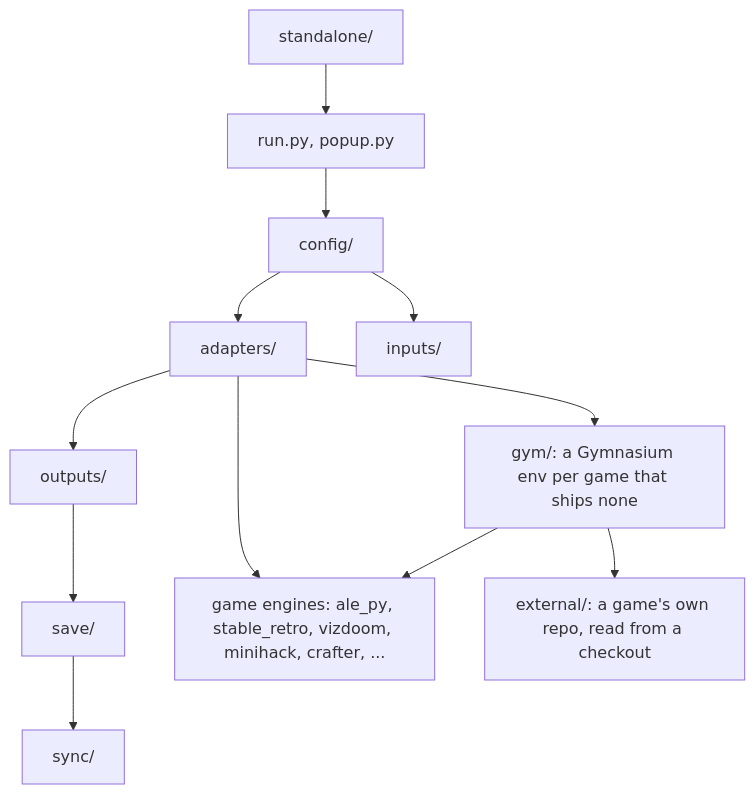
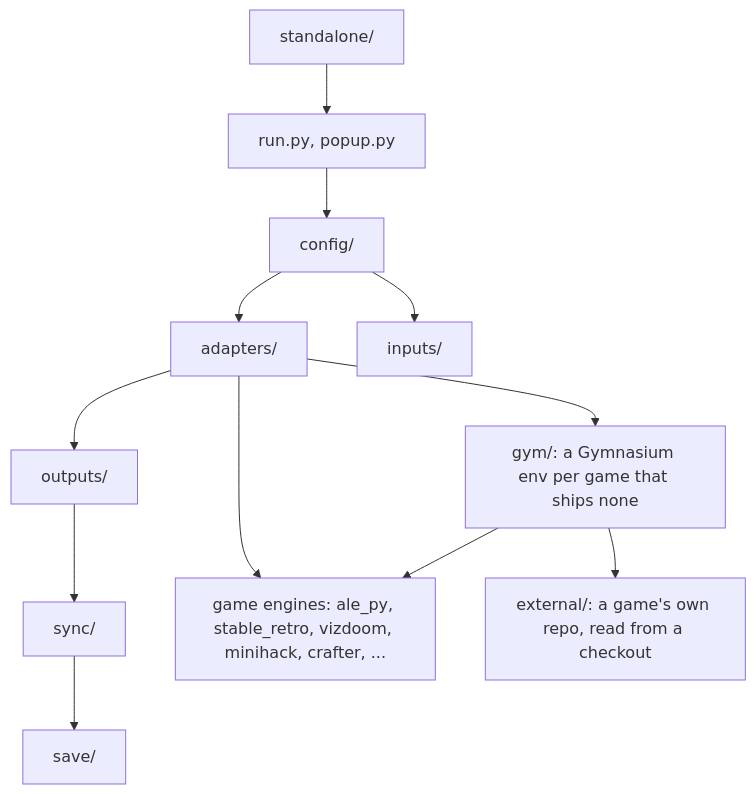
The first of 2 diagrams in docs/DEPENDENCIES.md (tomov/fmri-gym), drawn with Mermaid before and after one commit. The commit also changed other lines of this file and 15 other files, not shown here.

````diff
--- a/docs/DEPENDENCIES.md
+++ b/docs/DEPENDENCIES.md
@@ -5,14 +5,14 @@
 ```mermaid
 flowchart TD
     standalone["standalone/"] --> runLayer["run.py, popup.py"]
     runLayer --> config["config/"]
     config --> adapters["adapters/"]
     adapters --> outputs["outputs/"]
-    outputs --> save["save/"]
-    save --> sync["sync/"]
+    outputs --> sync["sync/"]
+    sync --> save["save/"]
     config --> inputs["inputs/"]
     adapters --> engines["game engines: ale_py, stable_retro, vizdoom, minihack, crafter, ..."]
     adapters --> gymenvs["gym/: a Gymnasium env per game that ships none"]
     gymenvs --> engines
     gymenvs --> external["external/: a game's own repo, read from a checkout"]
 ```
````
